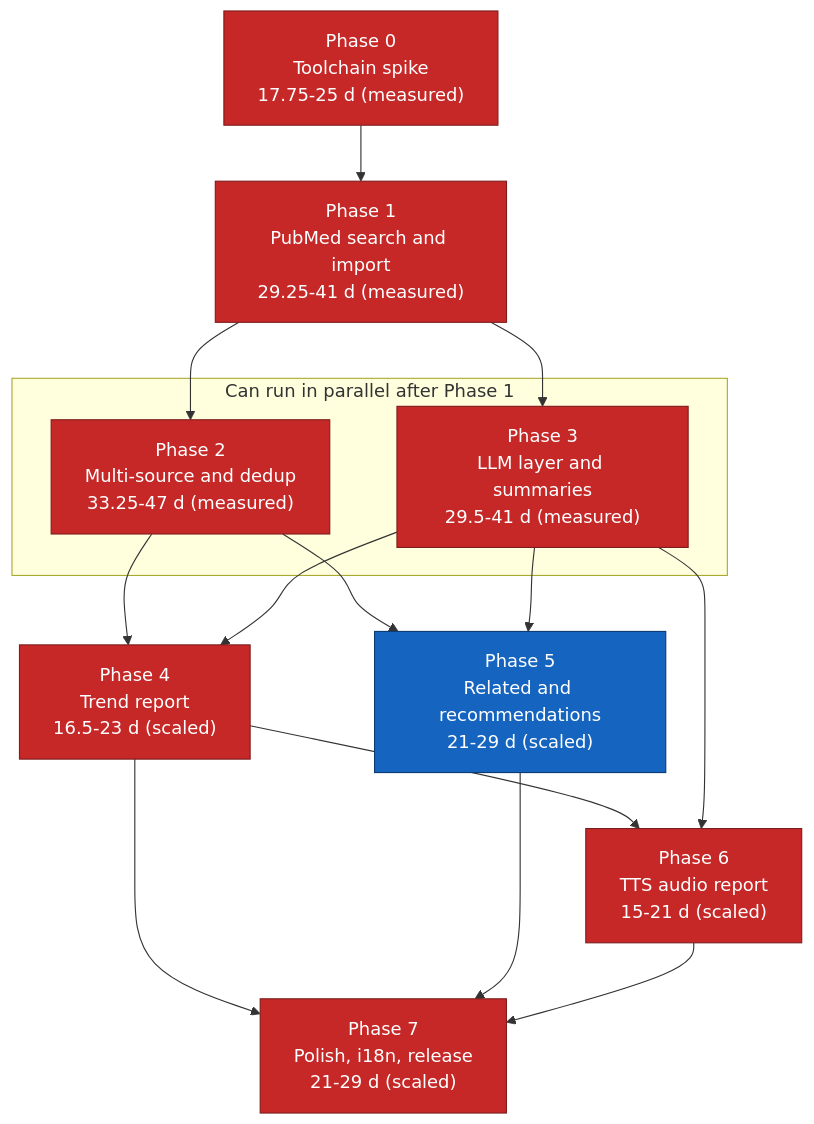
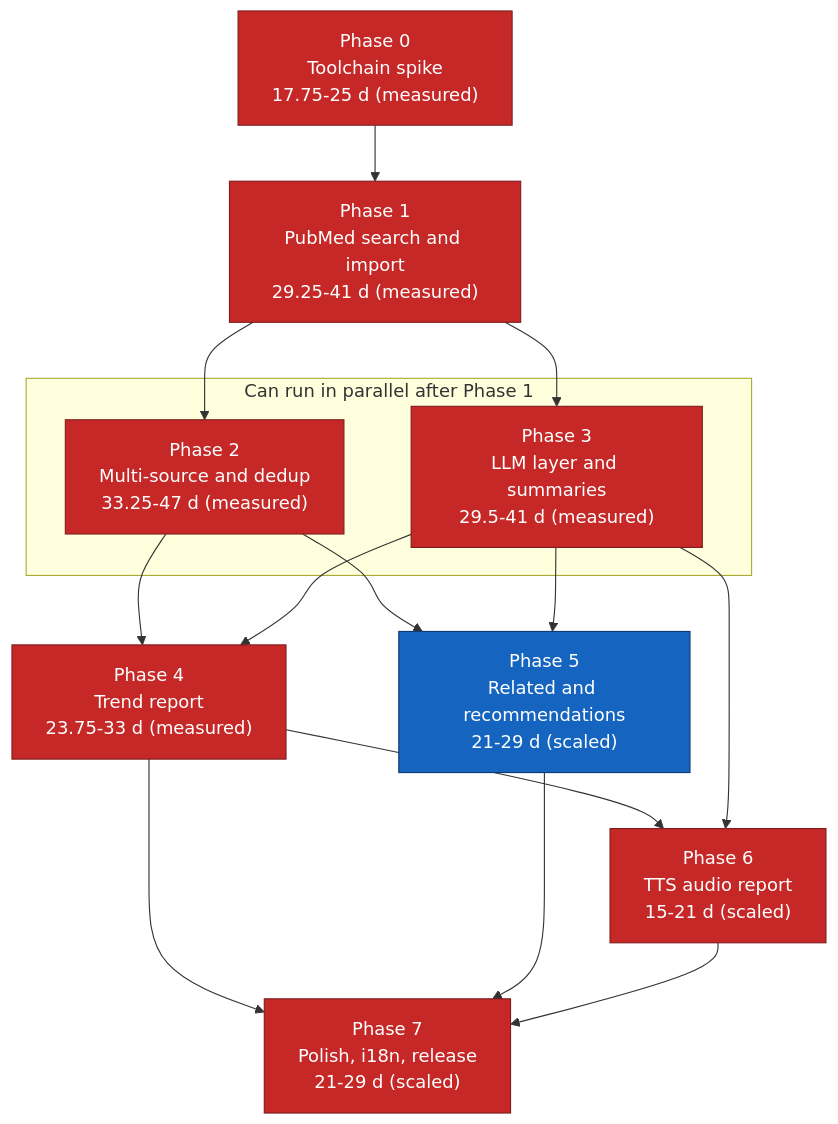
Before and after one commit to suppakoko/research_helper: the diagram in docs/11-implementation-roadmap.md, drawn with Mermaid. The commit also changed other lines of this file and 101 other files, not shown here.

````diff
--- a/docs/11-implementation-roadmap.md
+++ b/docs/11-implementation-roadmap.md
@@ -326,34 +326,34 @@
 ```mermaid
 graph TD
     P0["Phase 0<br/>Toolchain spike<br/>17.75-25 d (measured)"]
     P1["Phase 1<br/>PubMed search and import<br/>29.25-41 d (measured)"]
     P2["Phase 2<br/>Multi-source and dedup<br/>33.25-47 d (measured)"]
     P3["Phase 3<br/>LLM layer and summaries<br/>29.5-41 d (measured)"]
-    P4["Phase 4<br/>Trend report<br/>16.5-23 d (scaled)"]
+    P4["Phase 4<br/>Trend report<br/>23.75-33 d (measured)"]
     P5["Phase 5<br/>Related and recommendations<br/>21-29 d (scaled)"]
     P6["Phase 6<br/>TTS audio report<br/>15-21 d (scaled)"]
     P7["Phase 7<br/>Polish, i18n, release<br/>21-29 d (scaled)"]
 
     P0 --> P1
     P1 --> P2
     P1 --> P3
     P2 --> P4
     P3 --> P4
     P2 --> P5
     P3 --> P5
     P4 --> P6
     P3 --> P6
     P4 --> P7
     P5 --> P7
     P6 --> P7
 
     subgraph parallel["Can run in parallel after Phase 1"]
         P2
         P3
     end
 
     classDef critical fill:#c62828,stroke:#7f1d1d,color:#ffffff
     classDef normal fill:#1565c0,stroke:#0d3c73,color:#ffffff
     class P0,P1,P2,P3,P4,P6,P7 critical
     class P5 normal
 ```
````
